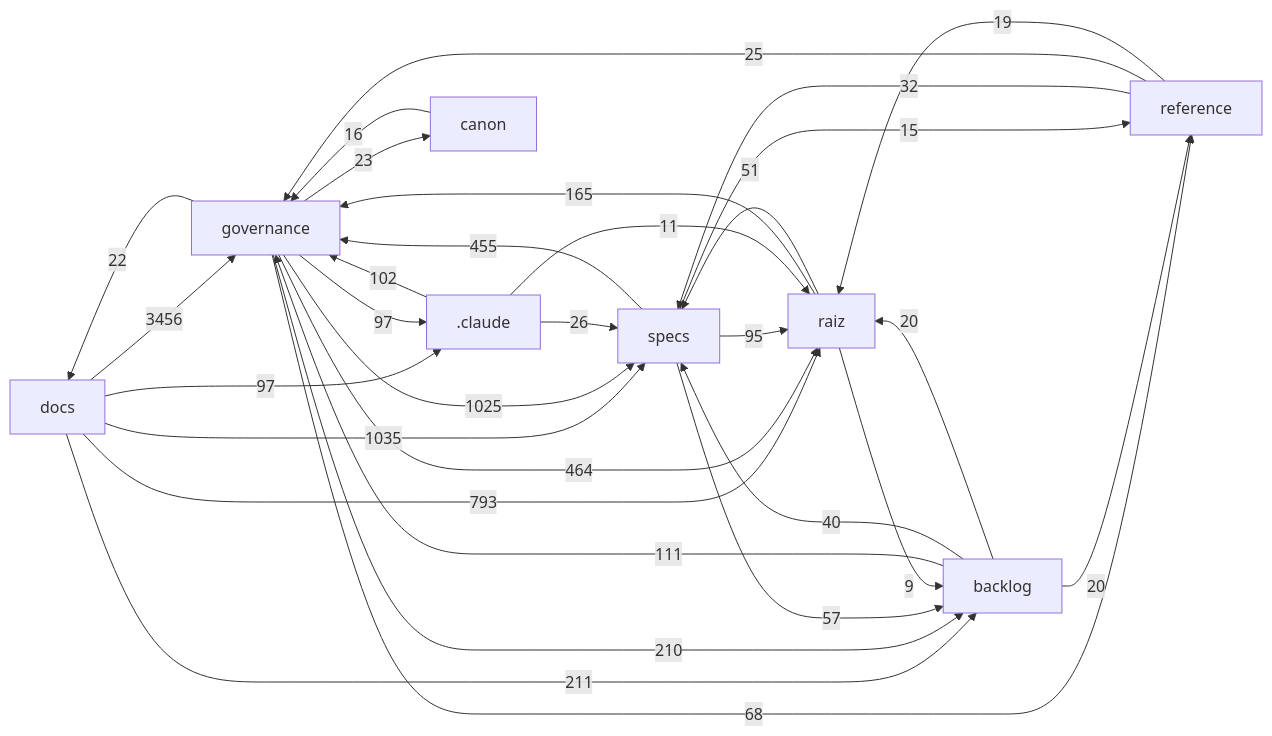
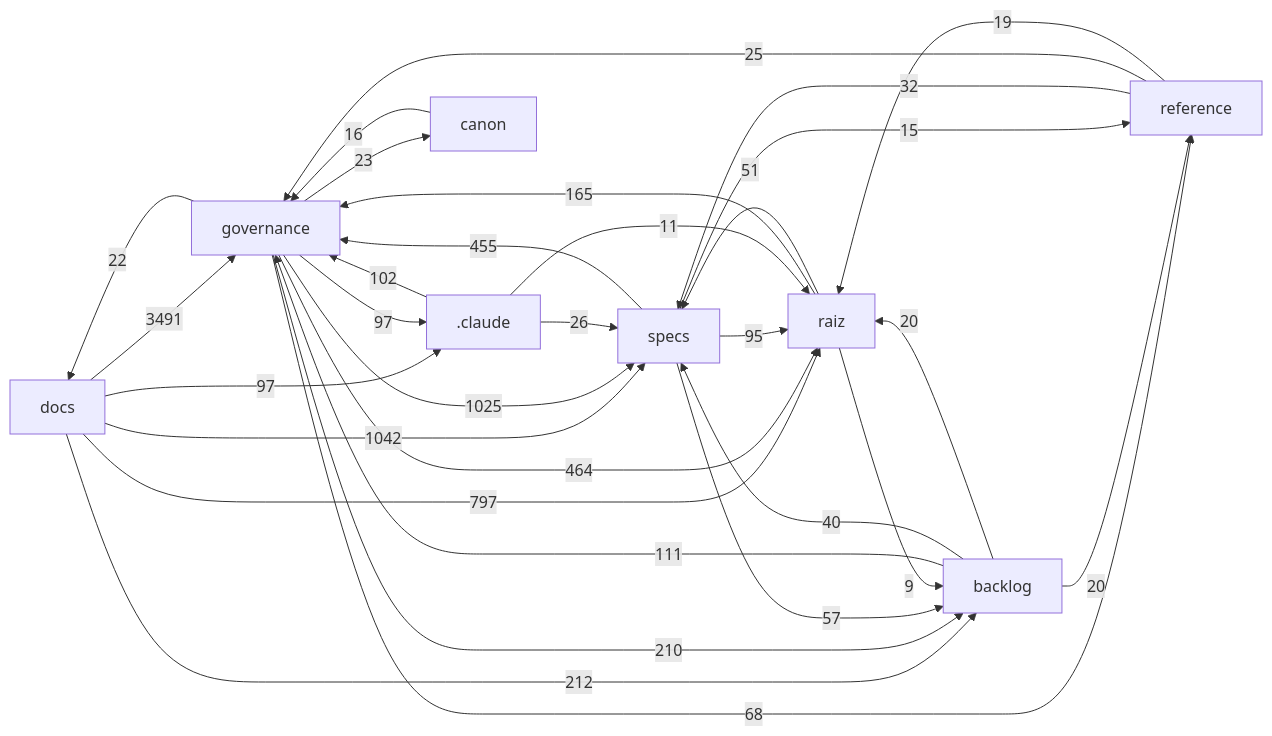
One commit to Andraus35/Sistema-Operacional-de-Trading--SOT changed the diagram in docs/mapa/MAPA-PROJETO.md. Above: the diagram before and after it, drawn with Mermaid. The commit also changed other lines of this file and 2 other files, not shown here.

````diff
--- a/docs/mapa/MAPA-PROJETO.md
+++ b/docs/mapa/MAPA-PROJETO.md
@@ -29,33 +29,33 @@
 ```mermaid
 flowchart LR
-  docs["docs"] -->|3456| governance["governance"]
-  docs["docs"] -->|1035| specs["specs"]
+  docs["docs"] -->|3491| governance["governance"]
+  docs["docs"] -->|1042| specs["specs"]
   governance["governance"] -->|1025| specs["specs"]
-  docs["docs"] -->|793| raiz["raiz"]
+  docs["docs"] -->|797| raiz["raiz"]
   governance["governance"] -->|464| raiz["raiz"]
   specs["specs"] -->|455| governance["governance"]
-  docs["docs"] -->|211| backlog["backlog"]
+  docs["docs"] -->|212| backlog["backlog"]
   governance["governance"] -->|210| backlog["backlog"]
   raiz["raiz"] -->|165| governance["governance"]
   backlog["backlog"] -->|111| governance["governance"]
   _claude[".claude"] -->|102| governance["governance"]
   docs["docs"] -->|97| _claude[".claude"]
   governance["governance"] -->|97| _claude[".claude"]
   specs["specs"] -->|95| raiz["raiz"]
   governance["governance"] -->|68| reference["reference"]
   specs["specs"] -->|57| backlog["backlog"]
   raiz["raiz"] -->|51| specs["specs"]
   backlog["backlog"] -->|40| specs["specs"]
   reference["reference"] -->|32| specs["specs"]
   _claude[".claude"] -->|26| specs["specs"]
   reference["reference"] -->|25| governance["governance"]
   governance["governance"] -->|23| canon["canon"]
   governance["governance"] -->|22| docs["docs"]
   backlog["backlog"] -->|20| raiz["raiz"]
   backlog["backlog"] -->|20| reference["reference"]
   reference["reference"] -->|19| raiz["raiz"]
   canon["canon"] -->|16| governance["governance"]
   specs["specs"] -->|15| reference["reference"]
   _claude[".claude"] -->|11| raiz["raiz"]
   raiz["raiz"] -->|9| backlog["backlog"]
 ```
````
